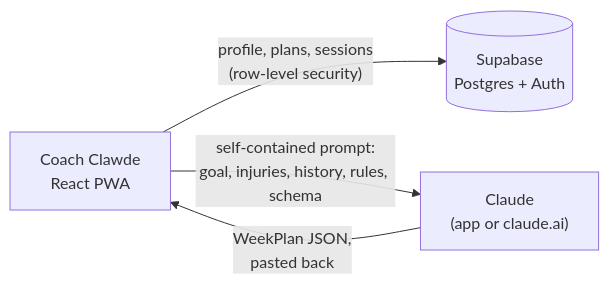
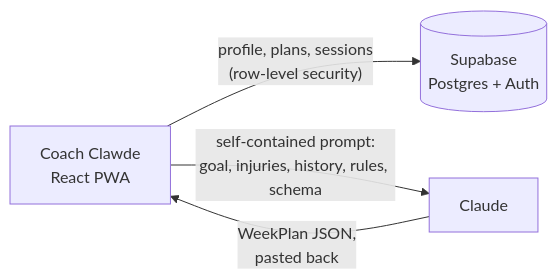
Before and after one commit to n473CL0/coachclawde: the diagram in README.md, drawn with Mermaid. The commit also changed other lines of this file, not shown here.

````diff
--- a/README.md
+++ b/README.md
@@ -48,6 +47,6 @@
 ```mermaid
 flowchart LR
   A["Coach Clawde<br/>React PWA"] -- "profile, plans, sessions<br/>(row-level security)" --> S[("Supabase<br/>Postgres + Auth")]
-  A -- "self-contained prompt:<br/>goal, injuries, history, rules, schema" --> C["Claude<br/>(app or claude.ai)"]
+  A -- "self-contained prompt:<br/>goal, injuries, history, rules, schema" --> C["Claude"]
   C -- "WeekPlan JSON,<br/>pasted back" --> A
 ```
````
